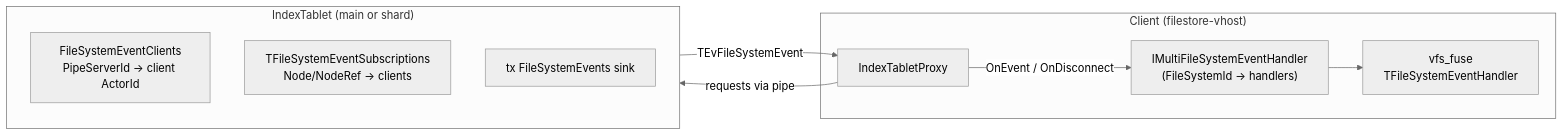
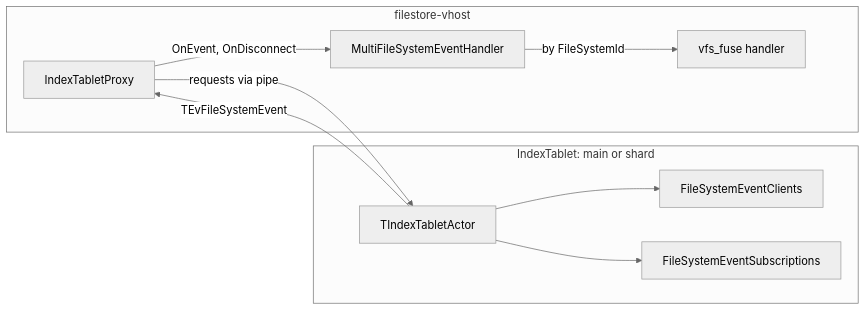
Before and after one commit to ydb-platform/nbs: the first of 4 diagrams in doc/filestore/design/cache/filesystem_events.md, drawn with Mermaid (neutral theme).

Commit message:
issue-6874: FileSystemEvents - doc fix

````diff
--- a/doc/filestore/design/cache/filesystem_events.md
+++ b/doc/filestore/design/cache/filesystem_events.md
@@ -18,19 +18,21 @@
 ```mermaid
 flowchart LR
-    subgraph Client["Client (filestore-vhost)"]
-        FUSE["vfs_fuse<br/>TFileSystemEventHandler"]
-        Multi["IMultiFileSystemEventHandler<br/>(FileSystemId -> handlers)"]
+    subgraph vhost["filestore-vhost"]
+        FUSE["vfs_fuse handler"]
+        Multi["MultiFileSystemEventHandler"]
         Proxy["IndexTabletProxy"]
     end
 
-    subgraph Tablet["IndexTablet (main or shard)"]
-        Clients["FileSystemEventClients<br/>PipeServerId -> client ActorId"]
-        Subs["TFileSystemEventSubscriptions<br/>Node/NodeRef -> clients"]
-        Sink["tx FileSystemEvents sink"]
+    subgraph tablet["IndexTablet: main or shard"]
+        Actor["TIndexTabletActor"]
+        Clients["FileSystemEventClients"]
+        Subs["FileSystemEventSubscriptions"]
     end
 
-    Proxy -- "requests via pipe" --> Tablet
-    Tablet -- "TEvFileSystemEvent" --> Proxy
-    Proxy -- "OnEvent / OnDisconnect" --> Multi
-    Multi --> FUSE
+    Proxy -->|"requests via pipe"| Actor
+    Actor --> Clients
+    Actor --> Subs
+    Actor -->|"TEvFileSystemEvent"| Proxy
+    Proxy -->|"OnEvent, OnDisconnect"| Multi
+    Multi -->|"by FileSystemId"| FUSE
 ```
````
